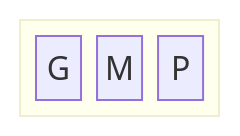
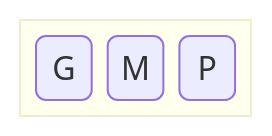
Before and after one commit to BenhurUFSM/pod26b: the first of 5 diagrams in Assuntos/busca-ext.md, drawn with Mermaid. The commit also changed other lines of this file, not shown here.

````diff
--- a/Assuntos/busca-ext.md
+++ b/Assuntos/busca-ext.md
@@ -2,4 +2,4 @@
 ```mermaid
 block
-  block G M P end
+  block:f1:3 f1a("G") f1b("M") f1c("P") end
 ```
````
